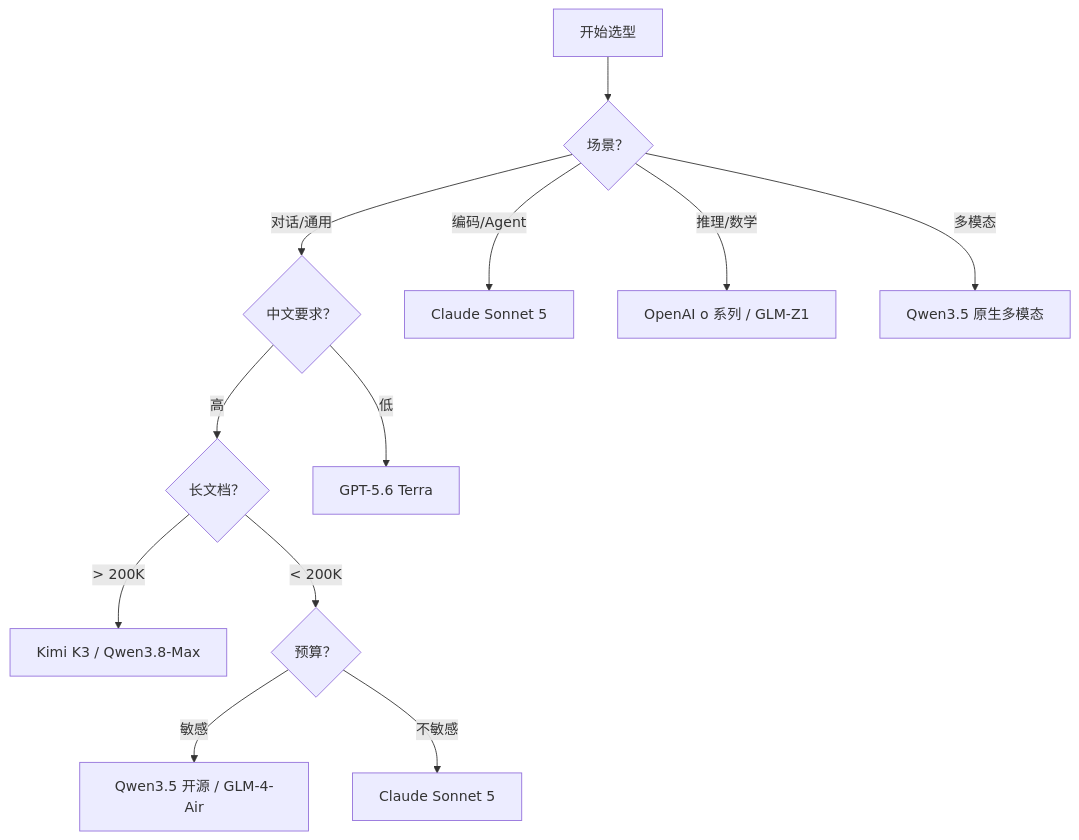
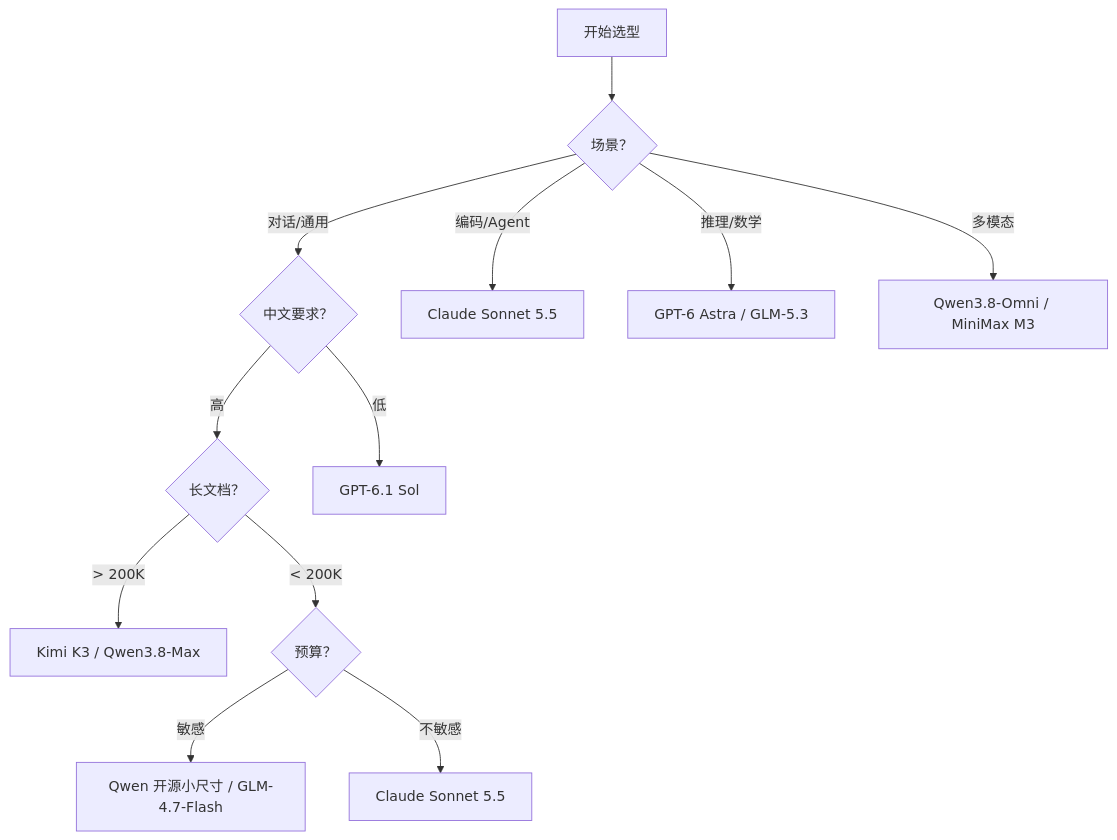
Before and after one commit to dukegod/ai-handbook: the diagram in ai-trends/model-selection/model-selection-guide.md, drawn with Mermaid. The commit also changed other lines of this file and 7 other files, not shown here.

````diff
--- a/ai-trends/model-selection/model-selection-guide.md
+++ b/ai-trends/model-selection/model-selection-guide.md
@@ -21,17 +21,17 @@
 ```mermaid
 flowchart TD
     A[开始选型] --> B{场景？}
     B -->|对话/通用| C{中文要求？}
-    B -->|编码/Agent| D[Claude Sonnet 5]
-    B -->|推理/数学| E[OpenAI o 系列 / GLM-Z1]
-    B -->|多模态| F[Qwen3.5 原生多模态]
+    B -->|编码/Agent| D[Claude Sonnet 5.5]
+    B -->|推理/数学| E[GPT-6 Astra / GLM-5.3]
+    B -->|多模态| F[Qwen3.8-Omni / MiniMax M3]
     
     C -->|高| G{长文档？}
-    C -->|低| H[GPT-5.6 Terra]
+    C -->|低| H[GPT-6.1 Sol]
     
     G -->|> 200K| I[Kimi K3 / Qwen3.8-Max]
     G -->|< 200K| J{预算？}
     
-    J -->|敏感| K[Qwen3.5 开源 / GLM-4-Air]
-    J -->|不敏感| L[Claude Sonnet 5]
+    J -->|敏感| K[Qwen 开源小尺寸 / GLM-4.7-Flash]
+    J -->|不敏感| L[Claude Sonnet 5.5]
 ```
````
